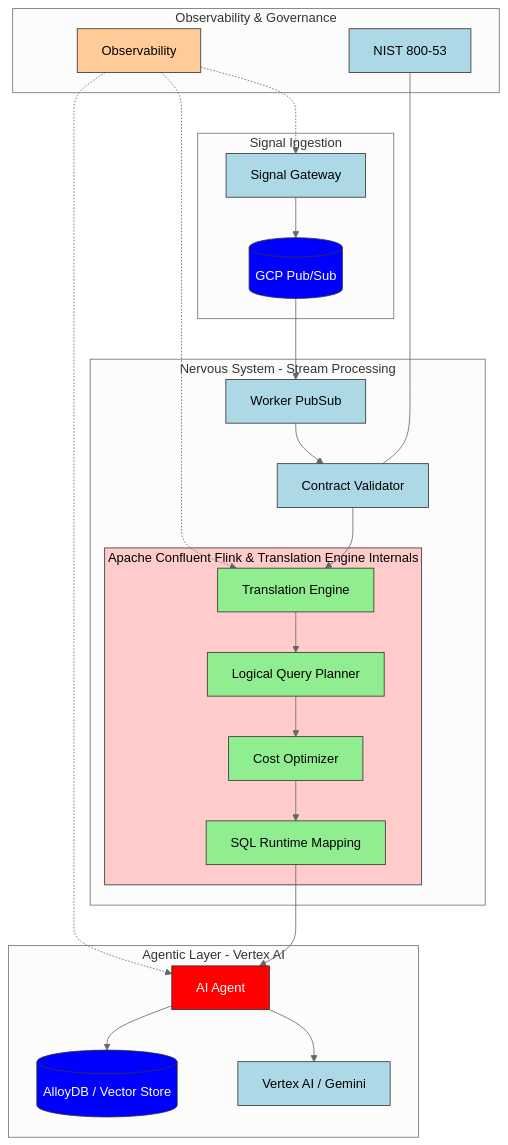
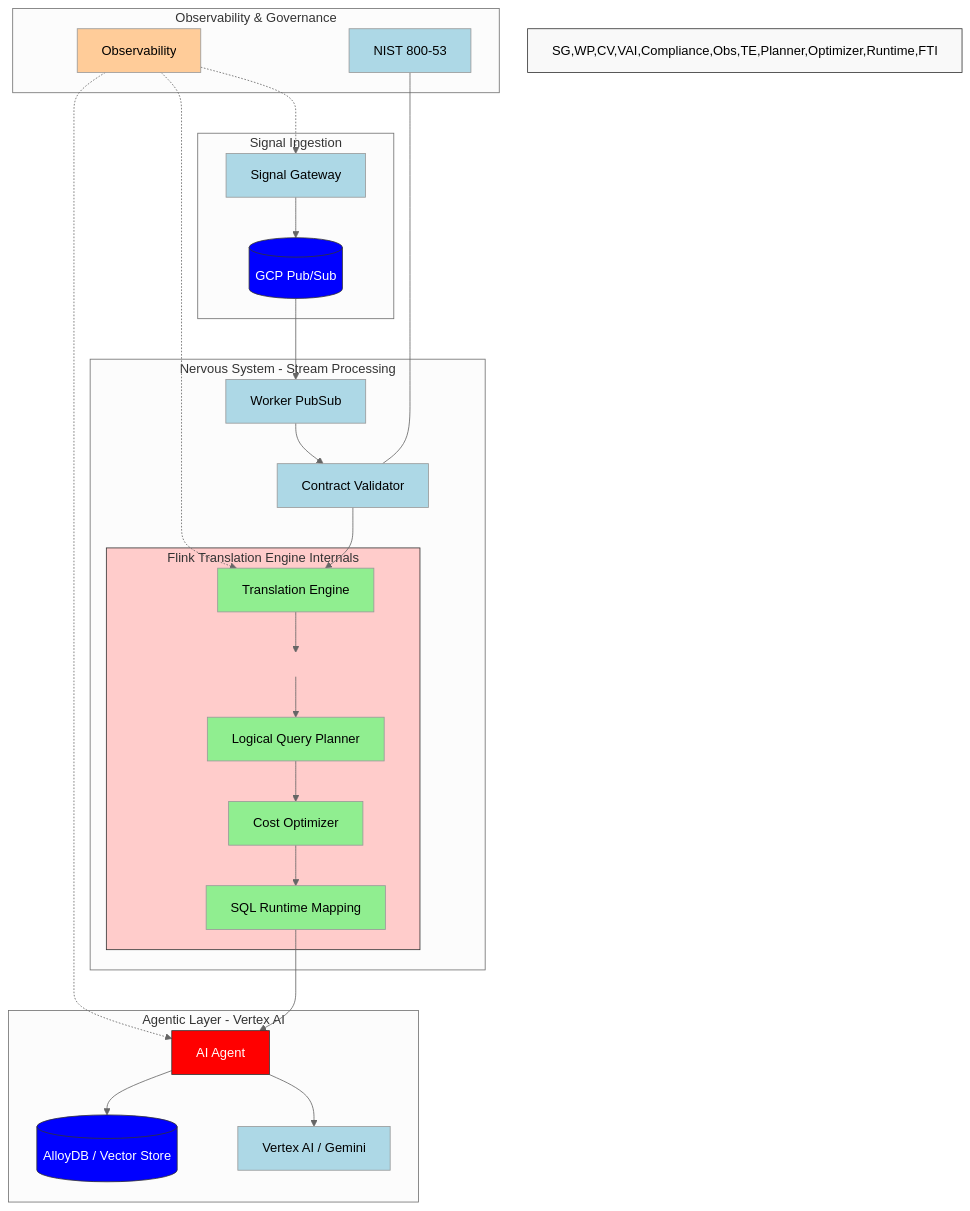
One commit to siralfbaez/mia-agentic-data-nervous-system-kfg-v3 changed the diagram in README.md. Above: the diagram before and after it, drawn with Mermaid (neutral theme).

Commit message:
Quick architectural correction

````diff
--- a/README.md
+++ b/README.md
@@ -11,55 +11,54 @@
 ```mermaid
 graph TD
     subgraph SI [Signal Ingestion]
         SG[Signal Gateway] --> PS[(GCP Pub/Sub)]
     end
 
     subgraph NS [Nervous System - Stream Processing]
         PS --> WP[Worker PubSub]
         WP --> CV[Contract Validator]
         CV --> TE[Translation Engine]
         
-        subgraph FTI [Apache Confluent Flink & Translation Engine Internals]
-
-            TE --> Planner[Logical Query Planner]
+        subgraph FTI [Flink Translation Engine Internals]
+            %% Invisible spacer node to force vertical space
+            Spacer[ ] --> Planner[Logical Query Planner]
+            TE --> Spacer
+            
             Planner --> Optimizer[Cost Optimizer]
             Optimizer --> Runtime[SQL Runtime Mapping]
         end
     end
 
     subgraph AL [Agentic Layer - Vertex AI]
         Runtime --> AA[AI Agent]
         AA --> VAI[Vertex AI / Gemini]
         AA --> ADB[(AlloyDB / Vector Store)]
     end
 
     subgraph OG [Observability & Governance]
         Obs[Observability] -.-> SG
         Obs -.-> TE
         Obs -.-> AA
         Compliance[NIST 800-53] --- CV
     end
 
-    %% Styles with Black Font Force (color:#000)
-    style SG fill:#add8e6,stroke:#333,color:#000
-    style WP fill:#add8e6,stroke:#333,color:#000
-    style CV fill:#add8e6,stroke:#333,color:#000
-    style VAI fill:#add8e6,stroke:#333,color:#000
-    style Compliance fill:#add8e6,stroke:#333,color:#000
-    
-    style Obs fill:#ffcc99,stroke:#333,color:#000
-    
-    style TE fill:#90ee90,stroke:#333,color:#000
-    style Planner fill:#90ee90,stroke:#333,color:#000
-    style Optimizer fill:#90ee90,stroke:#333,color:#000
-    style Runtime fill:#90ee90,stroke:#333,color:#000
-    
-    %% Kept white font for high-contrast nodes
+    %% Styles
+    style SG,WP,CV,VAI,Compliance,Obs,TE,Planner,Optimizer,Runtime,FTI fill:#f9f9f9,stroke:#333,color:#000
+    style SG fill:#add8e6
+    style WP fill:#add8e6
+    style CV fill:#add8e6
+    style VAI fill:#add8e6
+    style Compliance fill:#add8e6
+    style Obs fill:#ffcc99
+    style TE fill:#90ee90
+    style Planner fill:#90ee90
+    style Optimizer fill:#90ee90
+    style Runtime fill:#90ee90
     style AA fill:#ff0000,stroke:#333,color:#fff
     style PS fill:#0000ff,stroke:#333,color:#fff
     style ADB fill:#0000ff,stroke:#333,color:#fff
+    style FTI fill:#ffcccb,stroke:#333
 
-    %% Subgraph Styling
-    style FTI fill:#ffcccb,stroke:#333,color:#000
-    
+    %% Hide the spacer node visually
+    style Spacer fill:transparent,stroke:none,color:transparent
 ```
````
